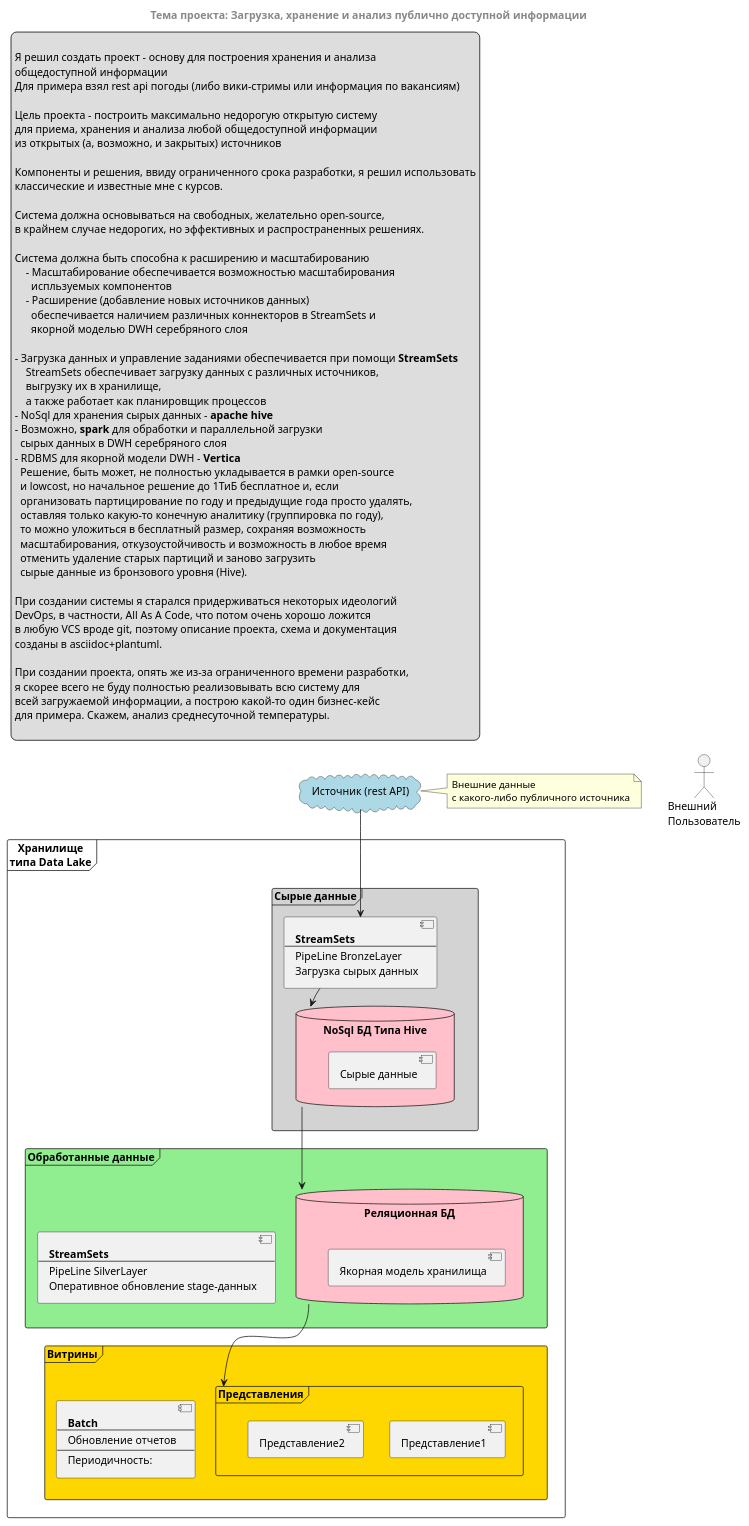
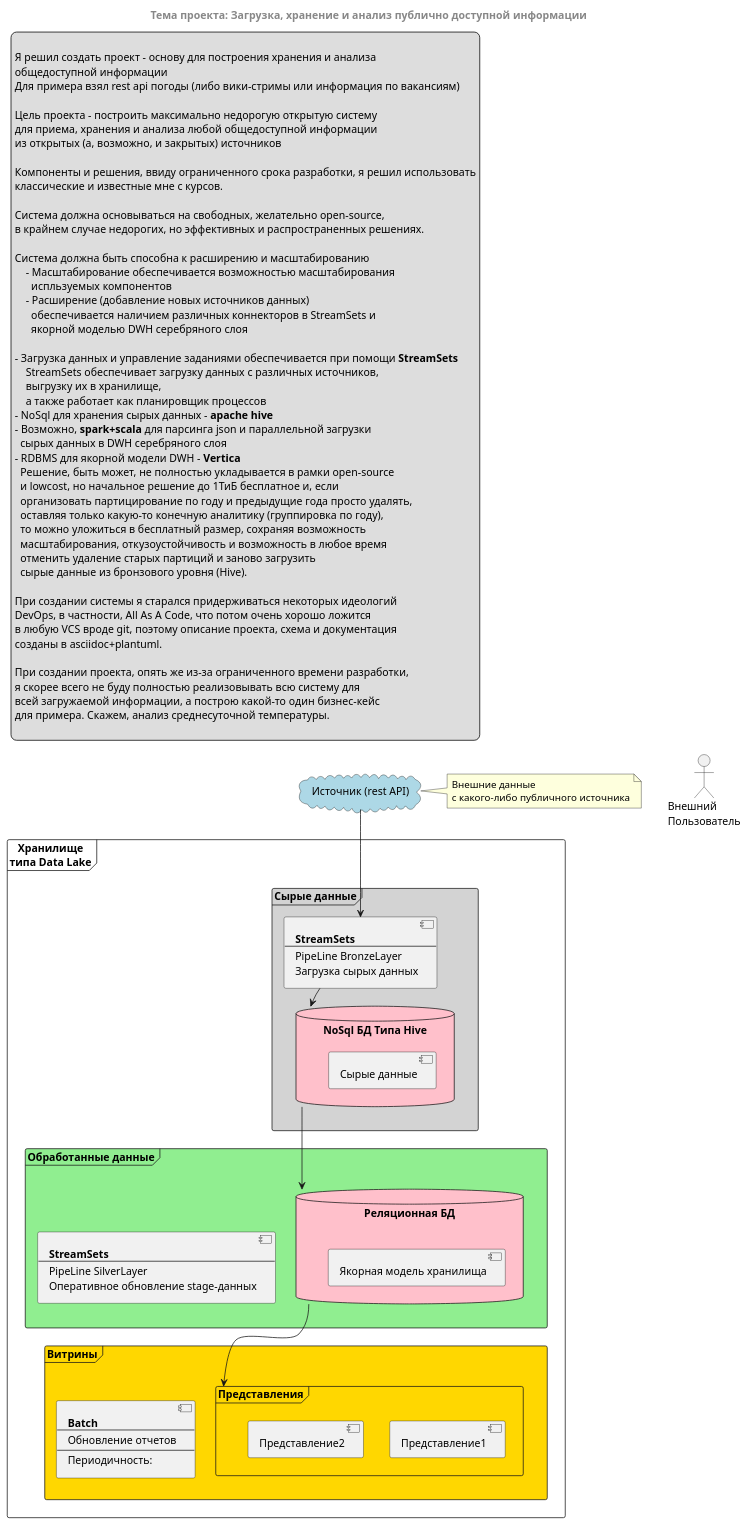
Before and after one commit to tol2000/dataengineerclub: the diagram in project/schema.plantuml, drawn with PlantUML.

Commit message:
initial tech specs

```diff
--- a/project/schema.plantuml
+++ b/project/schema.plantuml
@@ -1,131 +1,131 @@
 @startuml Схема процесса
 
 skinparam ComponentStyle uml2
 
 ' left to right direction
 ' top to bottom direction
 
 centerheader
 = Тема проекта: Загрузка, хранение и анализ публично доступной информации
 endheader
 
 legend top left
 
     Я решил создать проект - основу для построения хранения и анализа
     общедоступной информации
     Для примера взял rest api погоды (либо вики-стримы или информация по вакансиям)
 
     Цель проекта - построить максимально недорогую открытую систему
     для приема, хранения и анализа любой общедоступной информации
     из открытых (а, возможно, и закрытых) источников
 
     Компоненты и решения, ввиду ограниченного срока разработки, я решил использовать
     классические и известные мне с курсов.
 
     Система должна основываться на свободных, желательно open-source,
     в крайнем случае недорогих, но эффективных и распространенных решениях.
 
     Система должна быть способна к расширению и масштабированию
         - Масштабирование обеспечивается возможностью масштабирования
           испльзуемых компонентов
         - Расширение (добавление новых источников данных)
           обеспечивается наличием различных коннекторов в StreamSets и
           якорной моделью DWH серебряного слоя
 
     - Загрузка данных и управление заданиями обеспечивается при помощи **StreamSets**
         StreamSets обеспечивает загрузку данных с различных источников,
         выгрузку их в хранилище,
         а также работает как планировщик процессов
     - NoSql для хранения сырых данных - **apache hive**
-    - Возможно, **spark** для обработки и параллельной загрузки
+    - Возможно, **spark+scala** для парсинга json и параллельной загрузки
       сырых данных в DWH серебряного слоя
     - RDBMS для якорной модели DWH - **Vertica**
       Решение, быть может, не полностью укладывается в рамки open-source
       и lowcost, но начальное решение до 1ТиБ бесплатное и, если
       организовать партицирование по году и предыдущие года просто удалять,
       оставляя только какую-то конечную аналитику (группировка по году),
       то можно уложиться в бесплатный размер, сохраняя возможность
       масштабирования, откузоустойчивость и возможность в любое время
       отменить удаление старых партиций и заново загрузить
       сырые данные из бронзового уровня (Hive).
 
     При создании системы я старался придерживаться некоторых идеологий
     DevOps, в частности, All As A Code, что потом очень хорошо ложится
     в любую VCS вроде git, поэтому описание проекта, схема и документация
     созданы в asciidoc+plantuml.
 
     При создании проекта, опять же из-за ограниченного времени разработки,
     я скорее всего не буду полностью реализовывать всю систему для
     всей загружаемой информации, а построю какой-то один бизнес-кейс
     для примера. Скажем, анализ среднесуточной температуры.
 
 endlegend
 
 cloud "Источник (rest API)" as cloud_source #LightBlue {
 }
 
 note right of cloud_source
     Внешние данные
     с какого-либо публичного источника
 end note
 
 Actor "Внешний\nПользователь" as extuser
 
 frame "Хранилище\nтипа Data Lake" as frame_dlstor {
 
     frame "Витрины" as frame_dlstor_dm #Gold {
         frame "Представления" as views_dm {
             component report_1 [
                 Представление1
             ]
             component report_2 [
                 Представление2
             ]
         }
         component batch_dm_refresh [
             **Batch**
             ----
             Обновление отчетов
             ----
             Периодичность: 
         ]
     }
 
     frame "Обработанные данные" as frame_dlstor_stage #LightGreen {
         database "Реляционная БД\n" as db_stage #Pink {
             component anchor_model_dwh [
                 Якорная модель хранилища
             ]
         }
         component batch_stage_refresh [
             **StreamSets**
             ----
             PipeLine SilverLayer
             Оперативное обновление stage-данных
         ]
     }
 
     frame "Сырые данные" as frame_dlstor_raw #LightGray {
         database "NoSql БД Типа Hive" as db_raw #Pink {
             component raw_data [
                 Сырые данные
             ]
         }
         component batch_raw_load [
             **StreamSets**
             ----
             PipeLine BronzeLayer
             Загрузка сырых данных
         ]
     }
 
     cloud_source --> batch_raw_load
     batch_raw_load --> db_raw
 
     db_raw --> db_stage
 
     db_stage --> views_dm
 
 
 }
 @enduml
```
